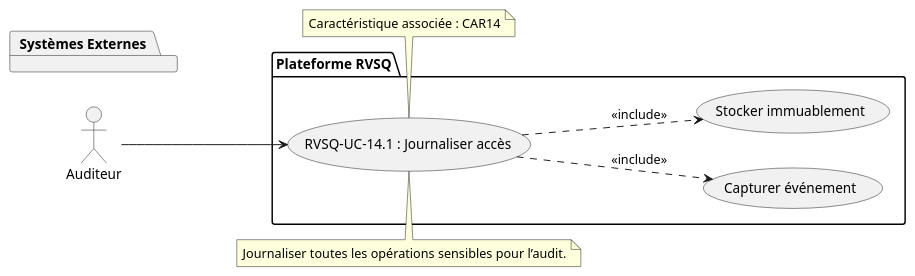
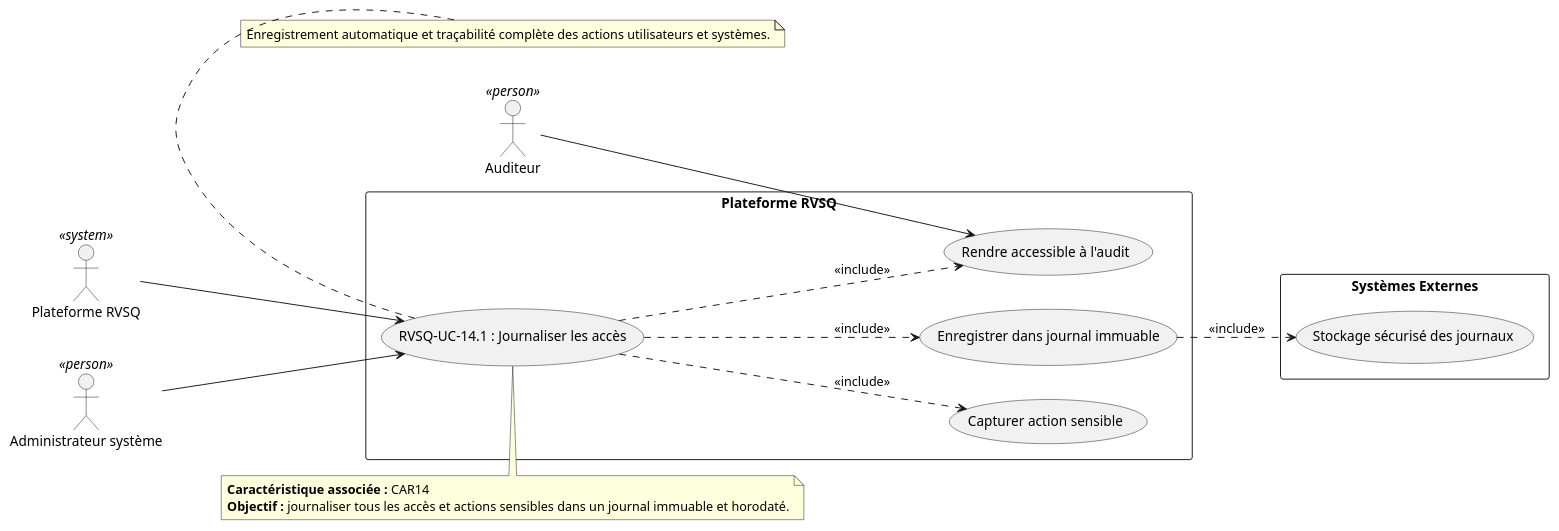
One commit to serghino/use-cases-RVSQ changed the diagram in RVSQ-UC-14_1_Journaliser_Acces.puml. Above: the diagram before and after it, drawn with PlantUML. The commit also changed 25 other files, not shown here.

```diff
--- a/RVSQ-UC-14_1_Journaliser_Acces.puml
+++ b/RVSQ-UC-14_1_Journaliser_Acces.puml
@@ -1,27 +1,36 @@
 @startuml RVSQ-UC-14_1_Journaliser_Acces
 left to right direction
-actor "Auditeur" as a1
 
-package "Plateforme RVSQ" {
-  usecase "RVSQ-UC-14.1 : Journaliser accès" as UC141
-  usecase "Capturer événement" as UC141_1
-  usecase "Stocker immuablement" as UC141_2
+actor "Plateforme RVSQ" as RVSQActor <<system>>
+actor "Administrateur système" as Admin <<person>>
+actor "Auditeur" as Auditeur <<person>>
+
+rectangle "Plateforme RVSQ" {
+  usecase "RVSQ-UC-14.1 : Journaliser les accès" as UC141
+  usecase "Capturer action sensible" as UC141_A
+  usecase "Enregistrer dans journal immuable" as UC141_B
+  usecase "Rendre accessible à l'audit" as UC141_C
 }
 
-package "Systèmes Externes" {
-  
+rectangle "Systèmes Externes" {
+  usecase "Stockage sécurisé des journaux" as STOR
 }
 
-a1 --> UC141
+RVSQActor --> UC141
+UC141 ..> UC141_A : <<include>>
+UC141 ..> UC141_B : <<include>>
+UC141 ..> UC141_C : <<include>>
 
-UC141 ..> UC141_1 : <<include>>
-UC141 ..> UC141_2 : <<include>>
+UC141_B ..> STOR : <<include>>
+Auditeur --> UC141_C
+Admin --> UC141
 
 note top of UC141
-Journaliser toutes les opérations sensibles pour l’audit.
+  **Caractéristique associée :** CAR14
+  **Objectif :** journaliser tous les accès et actions sensibles dans un journal immuable et horodaté.
 end note
 
 note bottom of UC141
-Caractéristique associée : CAR14
+  Enregistrement automatique et traçabilité complète des actions utilisateurs et systèmes.
 end note
 @enduml
```
